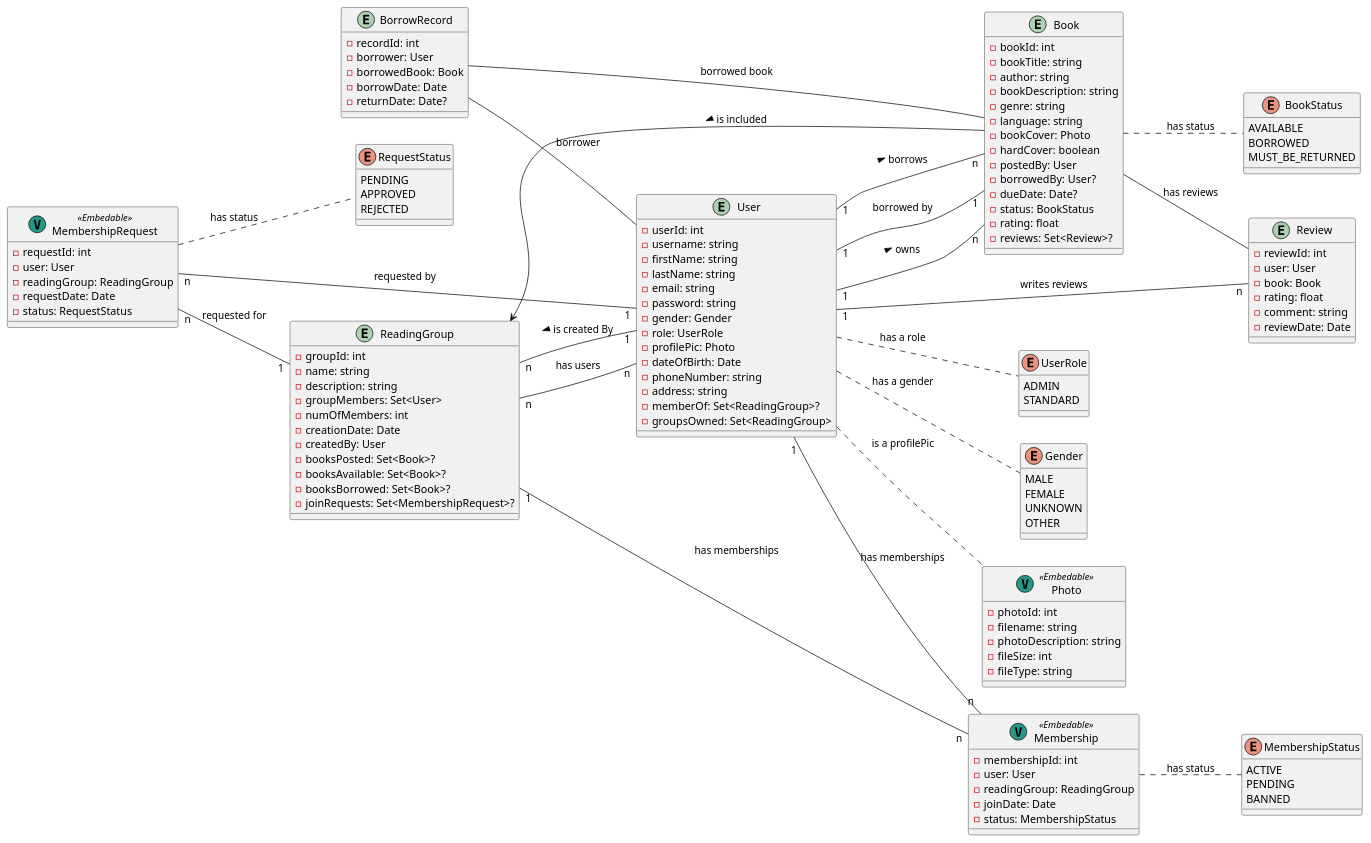
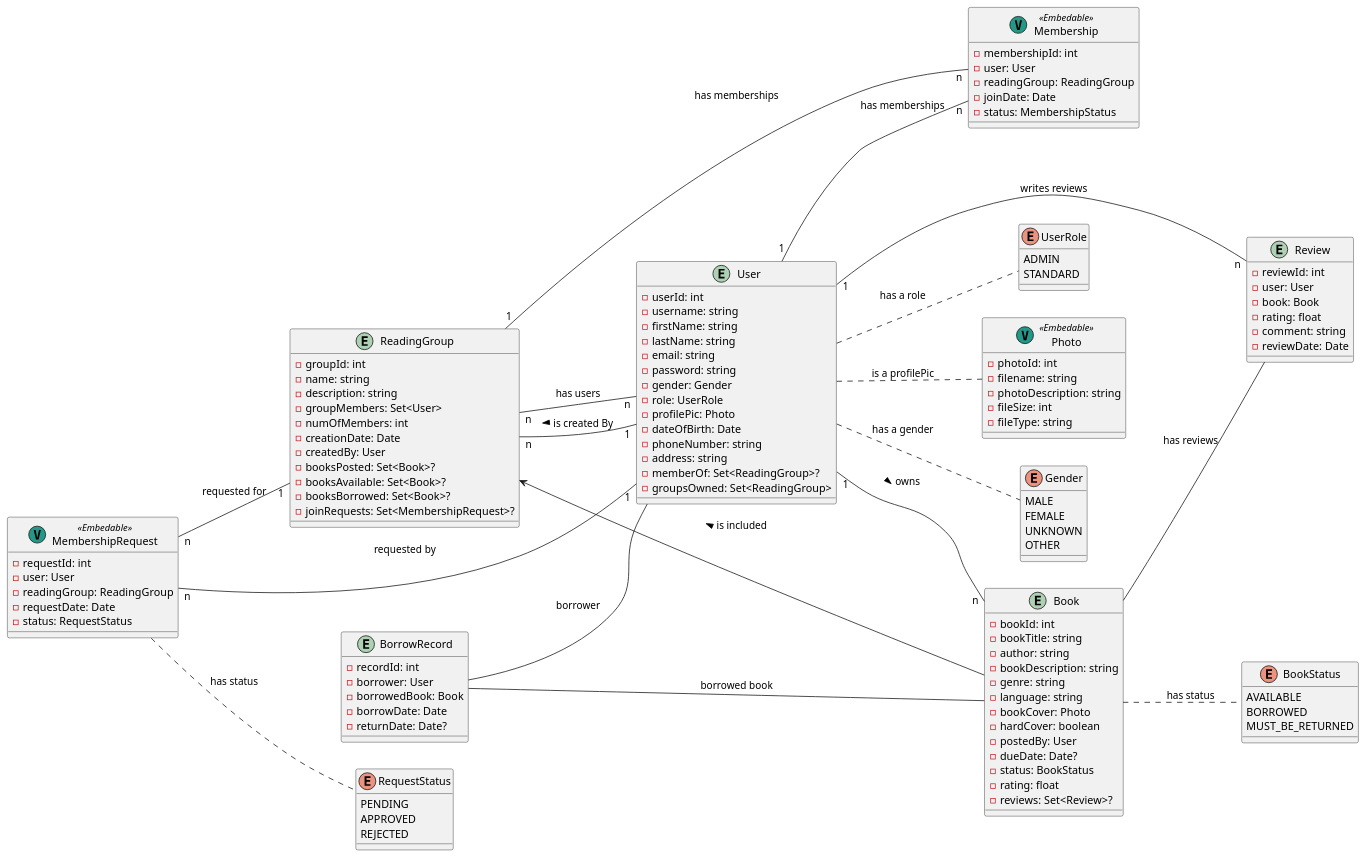
The diagram in src/main/plantuml/pos-project.puml (magdalinamihova/temp1), drawn with PlantUML before and after one commit.

Commit message:
final uml maybe idk

```diff
--- a/src/main/plantuml/pos-project.puml
+++ b/src/main/plantuml/pos-project.puml
@@ -1,145 +1,135 @@
 @startuml
 
 left to right direction
 
 enum UserRole {
   ADMIN
   STANDARD
 }
 
 entity BorrowRecord {
   -recordId: int
   -borrower: User
   -borrowedBook: Book
   -borrowDate: Date
   -returnDate: Date?
 }
 
 entity Review {
   -reviewId: int
   -user: User
   -book: Book
   -rating: float
   -comment: string
   -reviewDate: Date
 }
 
 enum RequestStatus {
   PENDING
   APPROVED
   REJECTED
 }
 
 entity Book {
   -bookId: int
   -bookTitle: string
   -author: string
   -bookDescription: string
   -genre: string
   - language: string
   -bookCover: Photo
   -hardCover: boolean
   -postedBy: User
-  -borrowedBy: User?
   -dueDate: Date?
   -status: BookStatus
   -rating: float
   -reviews: Set<Review>?
 }
 
 entity User {
   -userId: int
   -username: string
   -firstName: string
   -lastName: string
   -email: string
   -password: string
   -gender: Gender
   -role: UserRole
   -profilePic: Photo
   -dateOfBirth: Date
   -phoneNumber: string
   -address: string
   -memberOf: Set<ReadingGroup>?
   -groupsOwned: Set<ReadingGroup>
 }
 
 entity ReadingGroup {
   -groupId: int
   -name: string
   -description: string
   -groupMembers: Set<User>
   -numOfMembers: int
   -creationDate: Date
   -createdBy: User
   -booksPosted: Set<Book>?
   -booksAvailable: Set<Book>?
   -booksBorrowed: Set<Book>?
   -joinRequests: Set<MembershipRequest>?
-}
-
-enum MembershipStatus {
-  ACTIVE
-  PENDING
-  BANNED
 }
 
 class MembershipRequest << (V,#229988) Embedable>> {
   -requestId: int
   -user: User
   -readingGroup: ReadingGroup
   -requestDate: Date
   -status: RequestStatus
 }
 
 enum BookStatus {
   AVAILABLE
   BORROWED
   MUST_BE_RETURNED
 }
 
 enum Gender {
   MALE
   FEMALE
   UNKNOWN
   OTHER
 }
 
 class Membership << (V,#229988) Embedable>>{
   -membershipId: int
   -user: User
   -readingGroup: ReadingGroup
   -joinDate: Date
   -status: MembershipStatus
 }
 
 class Photo << (V,#229988) Embedable>> {
   -photoId: int
   -filename: string
   -photoDescription: string
   -fileSize: int
   -fileType: string
 }
 
 User .. UserRole : has a role
 User .. Photo : is a profilePic
 User .. Gender : has a gender
-User "1" -- "n" Book : > borrows
 User "1" -- "n" Book : > owns
-Book "1" -- "1" User :  borrowed by
 ReadingGroup <-- Book : < is included
 ReadingGroup "n" -- "n" User : has users
 ReadingGroup "n" -- "1" User : < is created By
 BorrowRecord -- User : borrower
 BorrowRecord -- Book : borrowed book
 Book -- Review : has reviews
 User "1" -- "n" Review : writes reviews
 User "1" -- "n" Membership : has memberships
 ReadingGroup "1" -- "n" Membership : has memberships
 MembershipRequest "n" -- "1" User : requested by
 MembershipRequest "n" -- "1" ReadingGroup : requested for
 Book .. BookStatus : has status
-Membership .. MembershipStatus : has status
 MembershipRequest .. RequestStatus : has status
 
 @enduml
```
